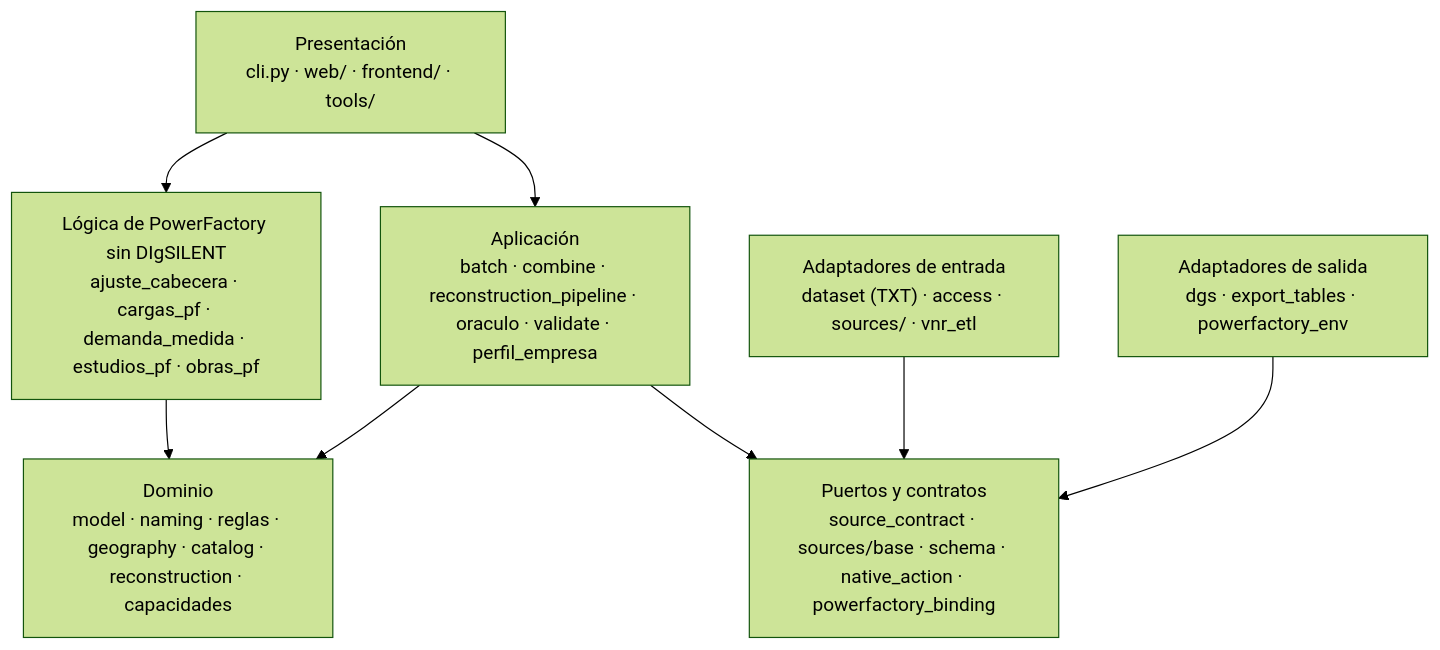
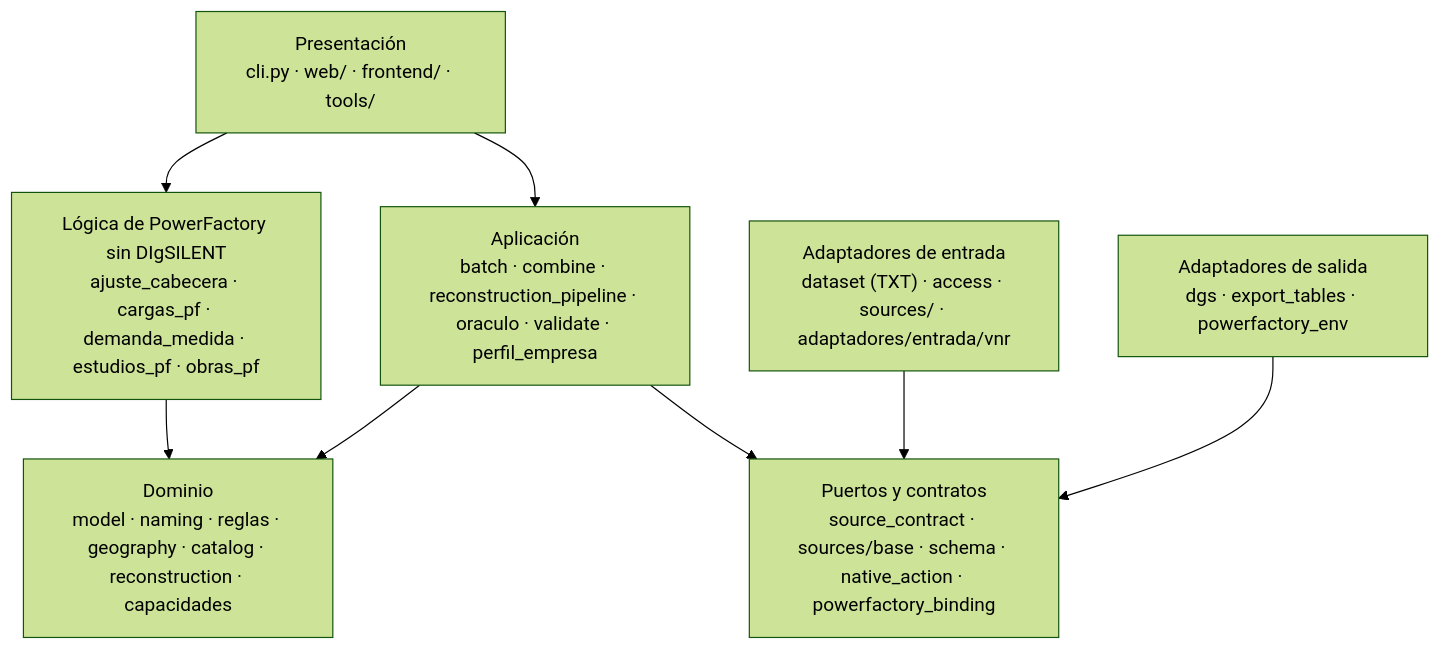
The second of 10 diagrams in docs/MANUAL_DE_USO.md (Mac-Tapia/ConversorIGEA_DGS), drawn with Mermaid (forest theme) before and after one commit. The commit also changed 119 other files, not shown here.

Commit message:
refactor(spec 002): integrar VNR como adaptador de entrada

````diff
--- a/docs/MANUAL_DE_USO.md
+++ b/docs/MANUAL_DE_USO.md
@@ -158,17 +158,17 @@
 ```mermaid
 flowchart TB
     PR["Presentación<br/>cli.py · web/ · frontend/ · tools/"]
     AP["Aplicación<br/>batch · combine · reconstruction_pipeline · oraculo · validate · perfil_empresa"]
     PU["Puertos y contratos<br/>source_contract · sources/base · schema · native_action · powerfactory_binding"]
     DO["Dominio<br/>model · naming · reglas · geography · catalog · reconstruction · capacidades"]
     LP["Lógica de PowerFactory sin DIgSILENT<br/>ajuste_cabecera · cargas_pf · demanda_medida · estudios_pf · obras_pf"]
-    AE["Adaptadores de entrada<br/>dataset (TXT) · access · sources/ · vnr_etl"]
+    AE["Adaptadores de entrada<br/>dataset (TXT) · access · sources/ · adaptadores/entrada/vnr"]
     AS["Adaptadores de salida<br/>dgs · export_tables · powerfactory_env"]
     PR --> AP
     PR --> LP
     AP --> PU
     AP --> DO
     AE --> PU
     AS --> PU
     LP --> DO
 ```
````
